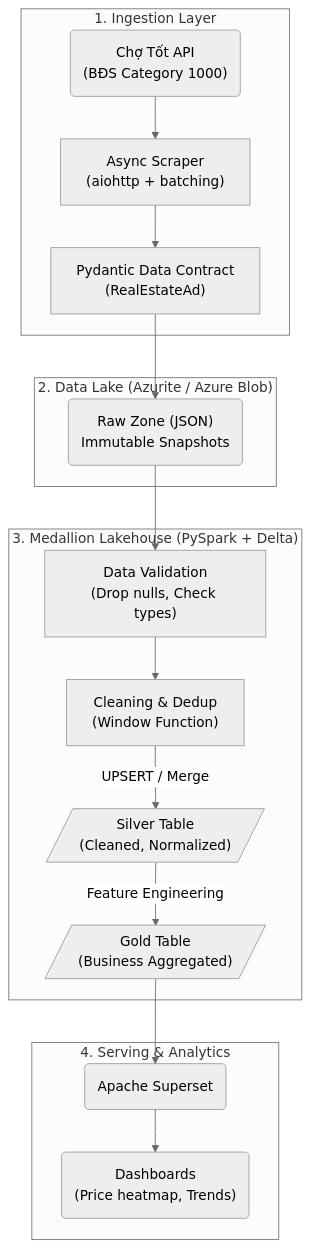
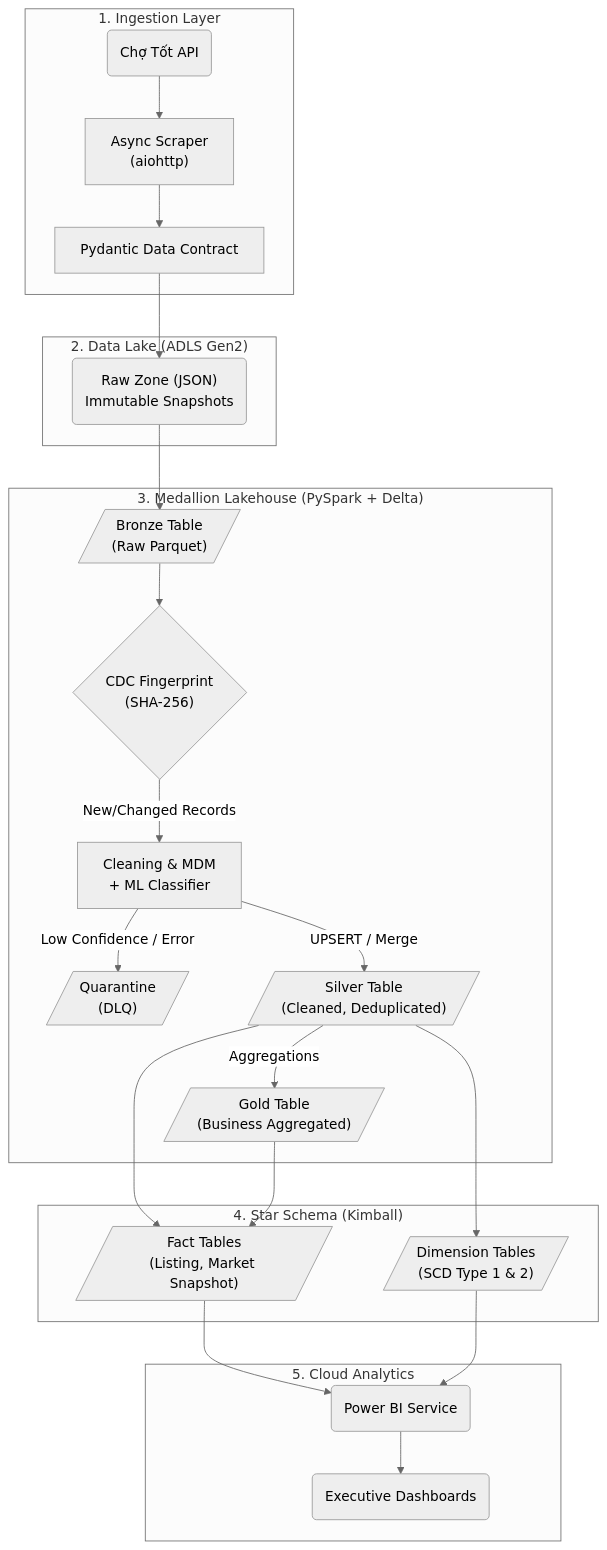
Before and after one commit to l-tkphu01/Real_Estate_Data_Platform: the diagram in README.md, drawn with Mermaid (neutral theme). The commit also changed other lines of this file, not shown here.

````diff
--- a/README.md
+++ b/README.md
@@ -43,34 +46,45 @@
 ```mermaid
 flowchart TB
     subgraph Sources["1. Ingestion Layer"]
-        API("Chợ Tốt API\n(BĐS Category 1000)")
-        Scraper["Async Scraper\n(aiohttp + batching)"]
-        Contract["Pydantic Data Contract\n(RealEstateAd)"]
-        API --> Scraper
-        Scraper --> Contract
+        API("Chợ Tốt API")
+        Scraper["Async Scraper\n(aiohttp)"]
+        Contract["Pydantic Data Contract"]
+        API --> Scraper --> Contract
     end
 
-    subgraph Storage["2. Data Lake (Azurite / Azure Blob)"]
+    subgraph Storage["2. Data Lake (ADLS Gen2)"]
         Raw("Raw Zone (JSON)\nImmutable Snapshots")
     end
     Contract --> Raw
 
     subgraph Processing["3. Medallion Lakehouse (PySpark + Delta)"]
-        Valid["Data Validation\n(Drop nulls, Check types)"]
-        Clean["Cleaning & Dedup\n(Window Function)"]
-        Silver[/"Silver Table\n(Cleaned, Normalized)"/]
+        Bronze[/"Bronze Table\n(Raw Parquet)"/]
+        CDC{"CDC Fingerprint\n(SHA-256)"}
+        Clean["Cleaning & MDM\n+ ML Classifier"]
+        Quarantine[/"Quarantine\n(DLQ)"/]
+        Silver[/"Silver Table\n(Cleaned, Deduplicated)"/]
         Gold[/"Gold Table\n(Business Aggregated)"/]
         
-        Valid --> Clean
+        Raw --> Bronze --> CDC
+        CDC -- "New/Changed Records" --> Clean
+        Clean -- "Low Confidence / Error" --> Quarantine
         Clean -- "UPSERT / Merge" --> Silver
-        Silver -- "Feature Engineering" --> Gold
+        Silver -- "Aggregations" --> Gold
     end
-    Raw --> Valid
 
-    subgraph Delivery["4. Serving & Analytics"]
-        Superset("Apache Superset")
-        Dash("Dashboards\n(Price heatmap, Trends)")
-        Superset --> Dash
+    subgraph Warehouse["4. Star Schema (Kimball)"]
+        Dim[/"Dimension Tables\n(SCD Type 1 & 2)"/]
+        Fact[/"Fact Tables\n(Listing, Market Snapshot)"/]
+        Silver --> Dim
+        Silver --> Fact
+        Gold --> Fact
     end
-    Gold --> Superset
+
+    subgraph Delivery["5. Cloud Analytics"]
+        PowerBI("Power BI Service")
+        Dash("Executive Dashboards")
+        PowerBI --> Dash
+    end
+    Fact --> PowerBI
+    Dim --> PowerBI
 ```
````
